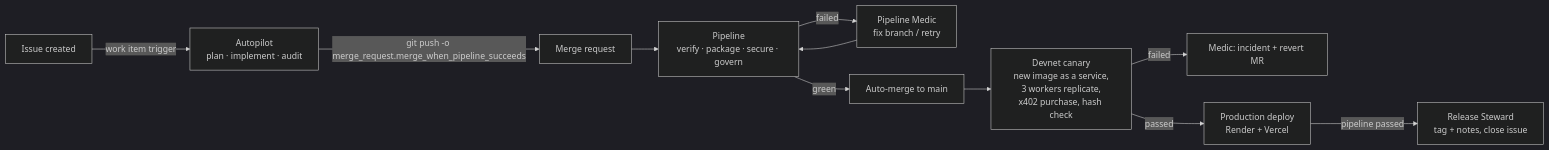
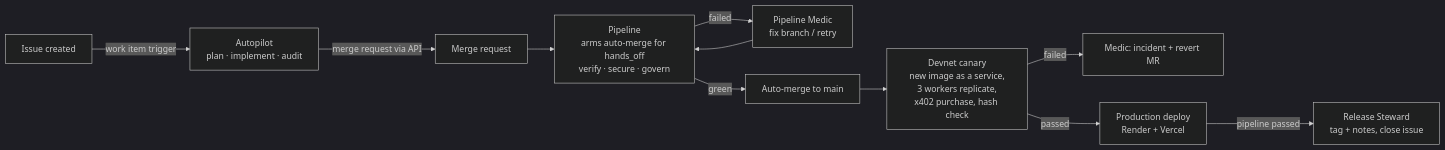
One commit to aralroca/Replicata changed the diagram in docs/GITLAB.md. Above: the diagram before and after it, drawn with Mermaid (dark theme). The commit also changed other lines of this file and 1 other file, not shown here.

Commit message:
docs(gitlab): document the label gate, API merge requests and what Medic caught

````diff
--- a/docs/GITLAB.md
+++ b/docs/GITLAB.md
@@ -26,13 +26,13 @@
 ```mermaid
 flowchart LR
   I[Issue created] -->|work item trigger| A[Autopilot<br/>plan · implement · audit]
-  A -->|git push -o merge_request.merge_when_pipeline_succeeds| MR[Merge request]
-  MR --> P[Pipeline<br/>verify · package · secure · govern]
+  A -->|merge request via API| MR[Merge request]
+  MR --> P[Pipeline<br/>arms auto-merge for hands_off<br/>verify · secure · govern]
   P -->|failed| M[Pipeline Medic<br/>fix branch / retry]
   M --> P
   P -->|green| MERGE[Auto-merge to main]
   MERGE --> C[Devnet canary<br/>new image as a service,<br/>3 workers replicate,<br/>x402 purchase, hash check]
   C -->|failed| INC[Medic: incident + revert MR]
   C -->|passed| PROD[Production deploy<br/>Render + Vercel]
   PROD -->|pipeline passed| R[Release Steward<br/>tag + notes, close issue]
 ```
````
